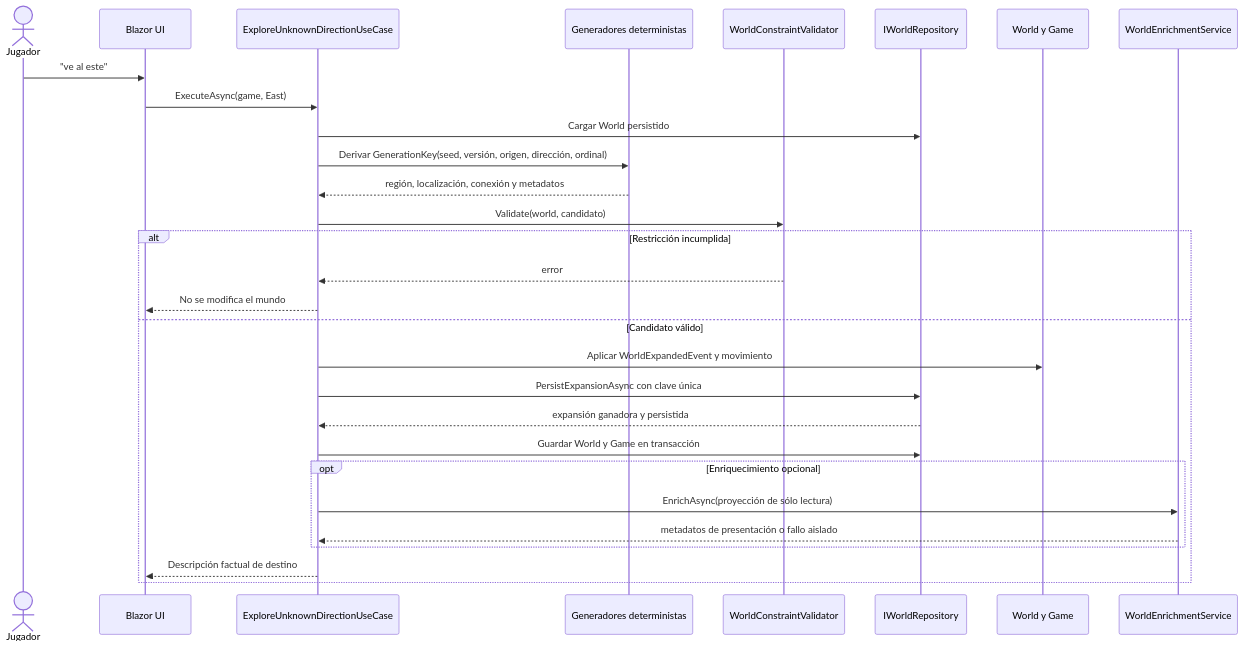
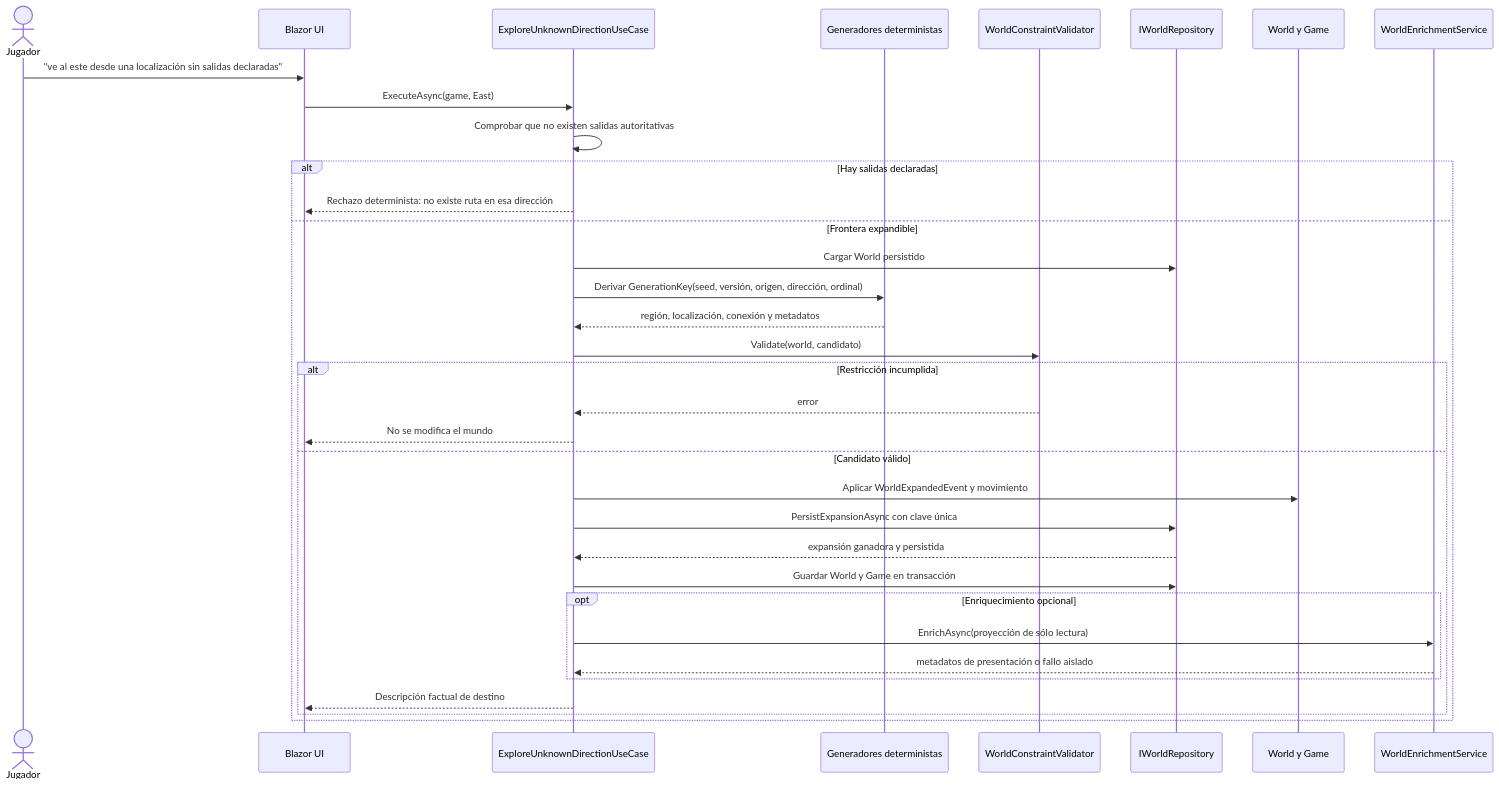
Before and after one commit to sparraguerra/ai-spectrum-adventure: the second of 5 diagrams in docs/technical-talk/runtime-flows.md, drawn with Mermaid. The commit also changed other lines of this file and 6 other files, not shown here.

````diff
--- a/docs/technical-talk/runtime-flows.md
+++ b/docs/technical-talk/runtime-flows.md
@@ -46,32 +46,37 @@
 ```mermaid
 sequenceDiagram
     actor Player as Jugador
     participant UI as Blazor UI
     participant UseCase as ExploreUnknownDirectionUseCase
     participant Gen as Generadores deterministas
     participant Validator as WorldConstraintValidator
     participant Repo as IWorldRepository
     participant World as World y Game
     participant Enrich as WorldEnrichmentService
 
-    Player->>UI: "ve al este"
+    Player->>UI: "ve al este desde una localización sin salidas declaradas"
     UI->>UseCase: ExecuteAsync(game, East)
+    UseCase->>UseCase: Comprobar que no existen salidas autoritativas
+    alt Hay salidas declaradas
+        UseCase-->>UI: Rechazo determinista: no existe ruta en esa dirección
+    else Frontera expandible
     UseCase->>Repo: Cargar World persistido
     UseCase->>Gen: Derivar GenerationKey(seed, versión, origen, dirección, ordinal)
     Gen-->>UseCase: región, localización, conexión y metadatos
     UseCase->>Validator: Validate(world, candidato)
     alt Restricción incumplida
         Validator-->>UseCase: error
         UseCase-->>UI: No se modifica el mundo
     else Candidato válido
         UseCase->>World: Aplicar WorldExpandedEvent y movimiento
         UseCase->>Repo: PersistExpansionAsync con clave única
         Repo-->>UseCase: expansión ganadora y persistida
         UseCase->>Repo: Guardar World y Game en transacción
         opt Enriquecimiento opcional
             UseCase->>Enrich: EnrichAsync(proyección de sólo lectura)
             Enrich-->>UseCase: metadatos de presentación o fallo aislado
         end
         UseCase-->>UI: Descripción factual de destino
     end
+    end
 ```
````
